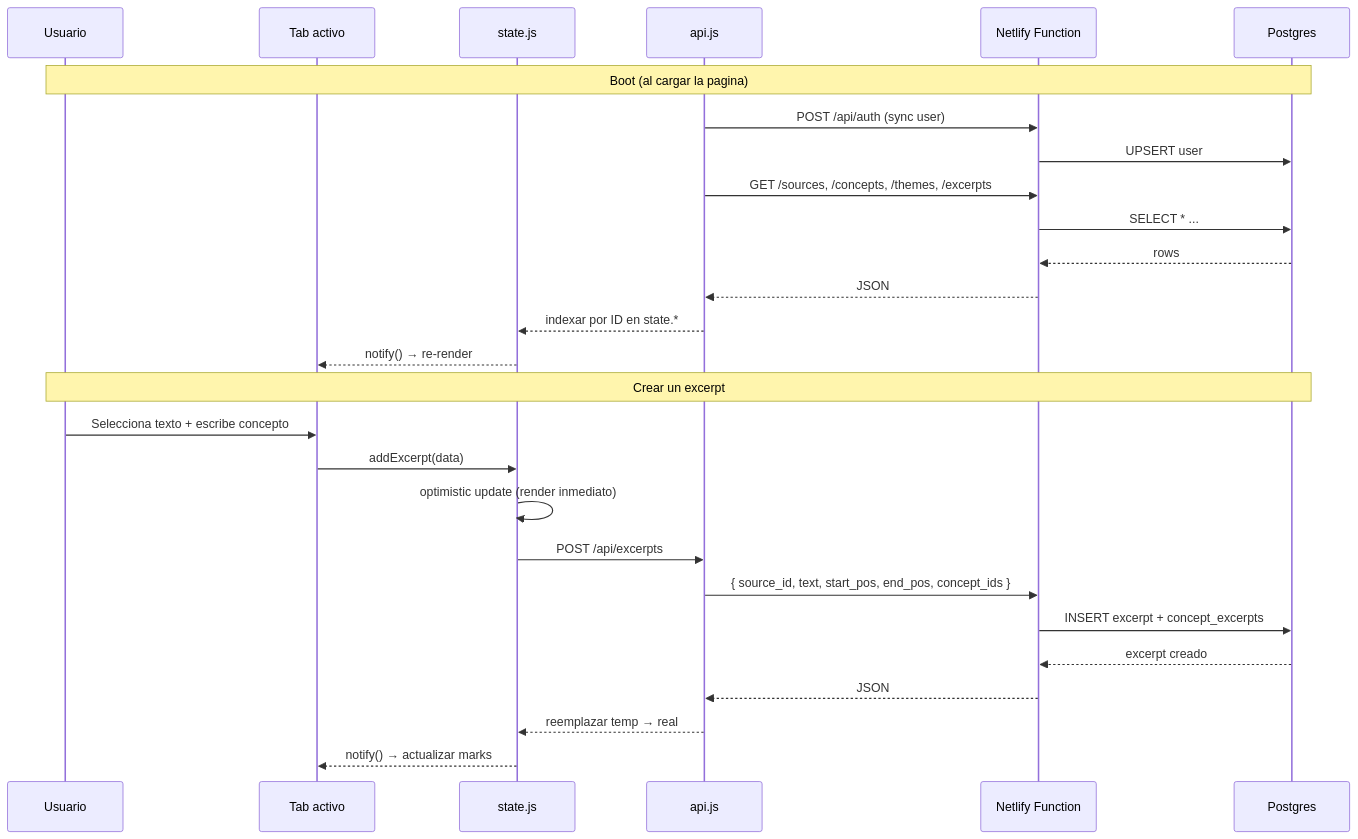
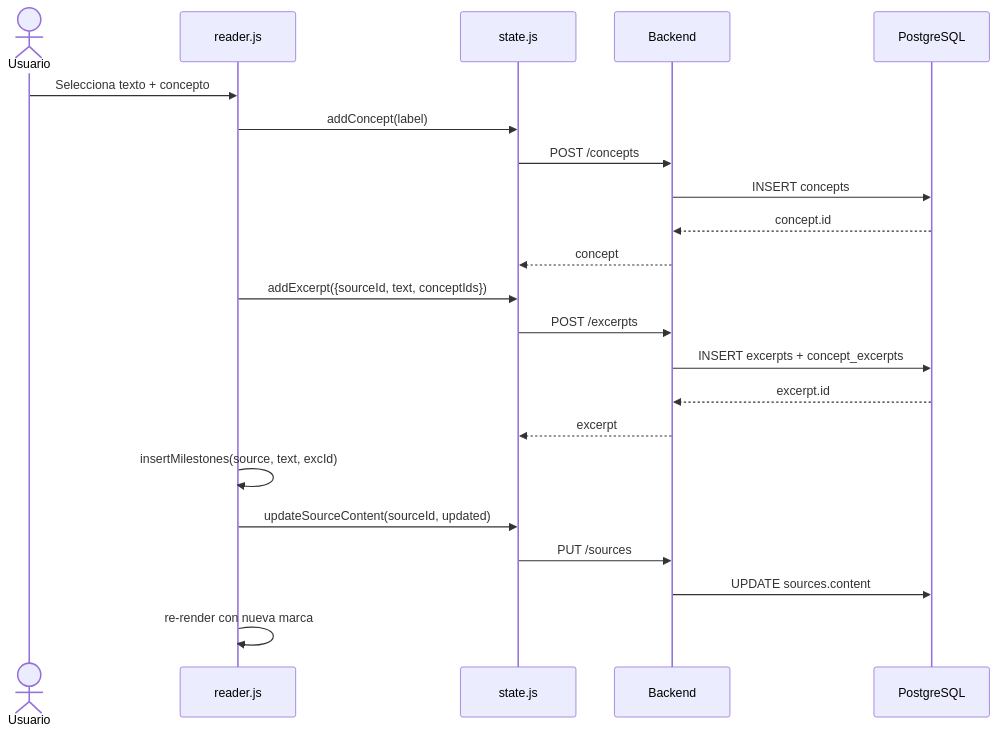
One commit to amereida/constel-db changed the third of 9 diagrams in docs/ARCHITECTURE.md. Above: the diagram before and after it, drawn with Mermaid. The commit also changed other lines of this file and 19 other files, not shown here.

````diff
--- a/docs/ARCHITECTURE.md
+++ b/docs/ARCHITECTURE.md
@@ -127,31 +133,25 @@
 ```mermaid
 sequenceDiagram
-    participant U as Usuario
-    participant Tab as Tab activo
+    actor U as Usuario
+    participant R as reader.js
     participant S as state.js
-    participant A as api.js
-    participant F as Netlify Function
-    participant DB as Postgres
+    participant API as Backend
+    participant DB as PostgreSQL
 
-    Note over U,DB: Boot (al cargar la pagina)
-    A->>F: POST /api/auth (sync user)
-    F->>DB: UPSERT user
-    A->>F: GET /sources, /concepts, /themes, /excerpts
-    F->>DB: SELECT * ...
-    DB-->>F: rows
-    F-->>A: JSON
-    A-->>S: indexar por ID en state.*
-    S-->>Tab: notify() → re-render
-
-    Note over U,DB: Crear un excerpt
-    U->>Tab: Selecciona texto + escribe concepto
-    Tab->>S: addExcerpt(data)
-    S->>S: optimistic update (render inmediato)
-    S->>A: POST /api/excerpts
-    A->>F: { source_id, text, start_pos, end_pos, concept_ids }
-    F->>DB: INSERT excerpt + concept_excerpts
-    DB-->>F: excerpt creado
-    F-->>A: JSON
-    A-->>S: reemplazar temp → real
-    S-->>Tab: notify() → actualizar marks
+    U->>R: Selecciona texto + concepto
+    R->>S: addConcept(label)
+    S->>API: POST /concepts
+    API->>DB: INSERT concepts
+    DB-->>API: concept.id
+    API-->>S: concept
+    R->>S: addExcerpt({sourceId, text, conceptIds})
+    S->>API: POST /excerpts
+    API->>DB: INSERT excerpts + concept_excerpts
+    DB-->>API: excerpt.id
+    API-->>S: excerpt
+    R->>R: insertMilestones(source, text, excId)
+    R->>S: updateSourceContent(sourceId, updated)
+    S->>API: PUT /sources
+    API->>DB: UPDATE sources.content
+    R->>R: re-render con nueva marca
 ```
````
